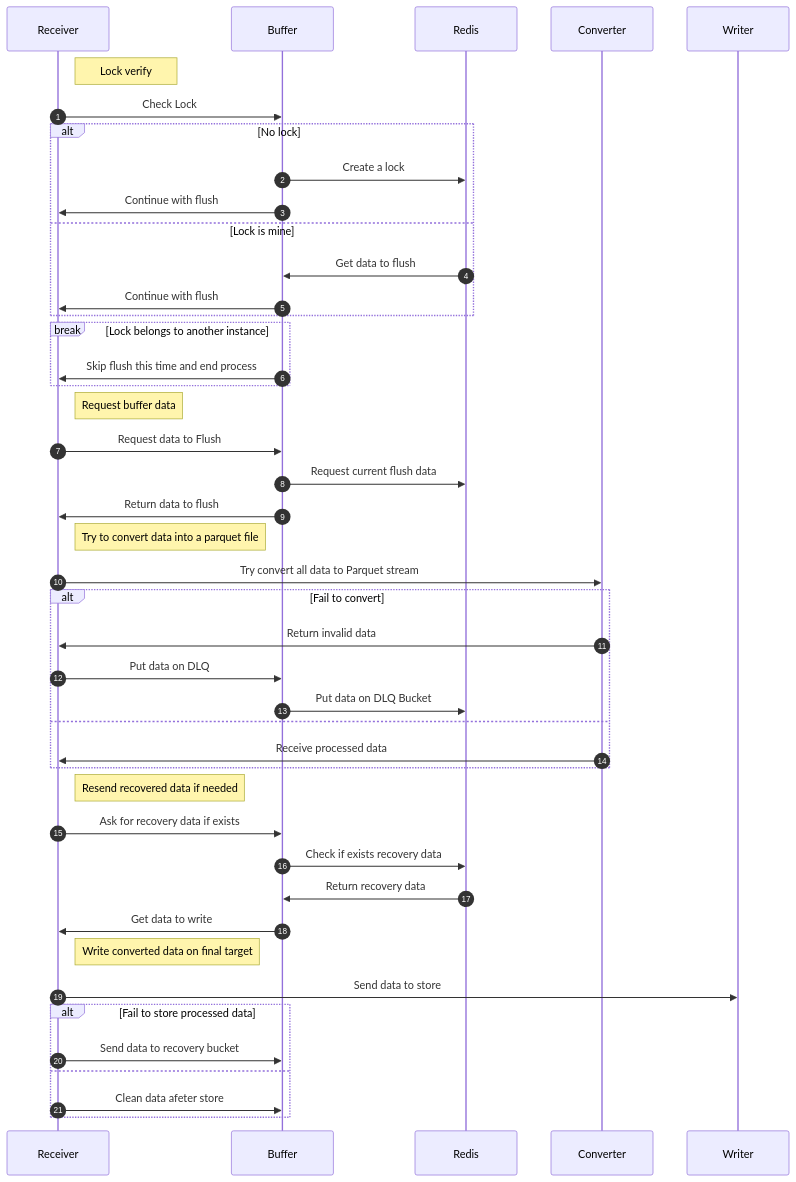
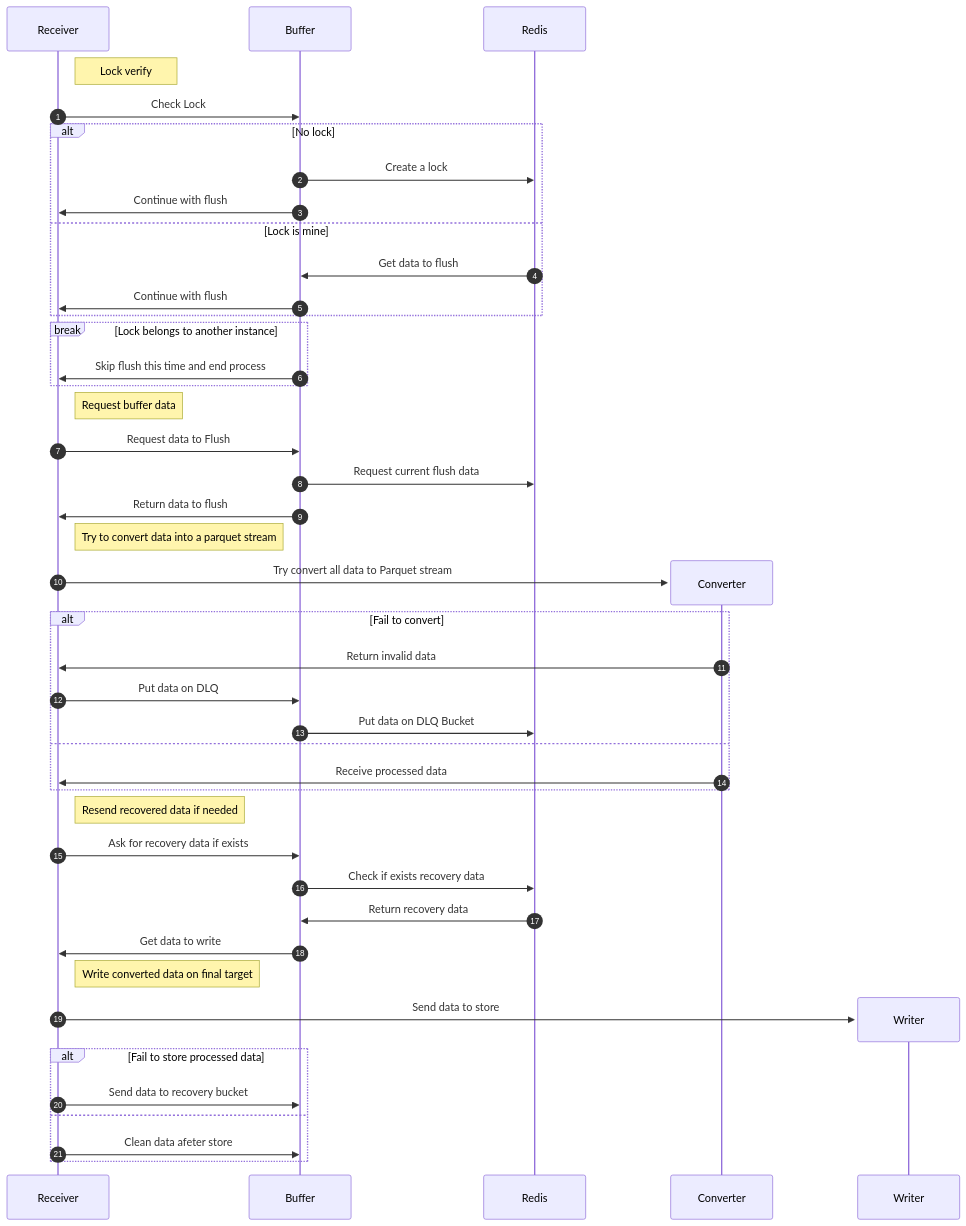
Before and after one commit to RafaelFino/Data2Parquet-go: the second of 2 diagrams in README.md, drawn with Mermaid. The commit also changed other lines of this file, not shown here.

Commit message:
Imp - Again, more docs

````diff
--- a/README.md
+++ b/README.md
@@ -31,51 +30,51 @@
 ```mermaid
 sequenceDiagram
 	autonumber
 	participant Receiver
-    participant Buffer   
-	participant Redis
-	participant Converter
-	participant Writer
+    participant Buffer   		
 	
 	note right of Receiver: Lock verify
 		Receiver->>Buffer: Check Lock
+		create participant Redis
 		alt No lock
 			Buffer->>Redis: Create a lock
 			Buffer->>Receiver: Continue with flush
 		else Lock is mine
 			Redis->>Buffer: Get data to flush		
 			Buffer->>Receiver: Continue with flush
 		end
 		break Lock belongs to another instance
 			Buffer->>Receiver: Skip flush this time and end process
 		end
 		
 	note right of Receiver: Request buffer data
 		Receiver->>Buffer: Request data to Flush
 		Buffer->>Redis: Request current flush data
 		Buffer->>Receiver: Return data to flush		
-		
-	note right of Receiver: Try to convert data into a parquet file				
+			
+	note right of Receiver: Try to convert data into a parquet stream				
+		create participant Converter
 		Receiver->>Converter: Try convert all data to Parquet stream	
 		alt Fail to convert
 			Converter->>Receiver: Return invalid data
 			Receiver->>Buffer: Put data on DLQ
 			Buffer->>Redis: Put data on DLQ Bucket
 		else
 			Converter->>Receiver: Receive processed data
 		end
 	
 	note right of Receiver: Resend recovered data if needed
 		Receiver->>Buffer: Ask for recovery data if exists
 		Buffer->>Redis: Check if exists recovery data
 		Redis->>Buffer: Return recovery data
 		Buffer->>Receiver: Get data to write
 	
 	note right of Receiver: Write converted data on final target	
+		create participant Writer
 		Receiver->>Writer: Send data to store
 		alt Fail to store processed data
 			Receiver->>Buffer: Send data to recovery bucket
 		else
 			Receiver->>Buffer: Clean data afeter store
 		end
 ```
````
